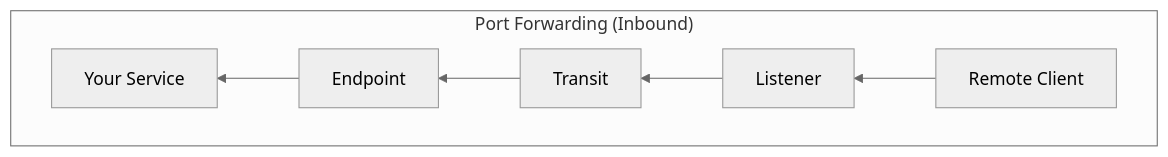
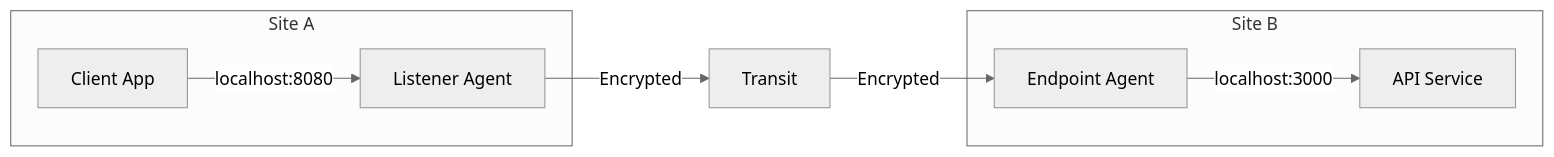
Before and after one commit to postalsys/Muti-Metroo: the first of 2 diagrams in docs/docs/features/port-forwarding.md, drawn with Mermaid (neutral theme). The commit also changed other lines of this file and 1 other file, not shown here.

First line of the commit message:
docs: add service discovery pattern to port forwarding docs

````diff
--- a/docs/docs/features/port-forwarding.md
+++ b/docs/docs/features/port-forwarding.md
@@ -33,7 +14,13 @@
 ```mermaid
-flowchart RL
-    subgraph forward["Port Forwarding (Inbound)"]
-        direction RL
-        P1[Remote Client] --> P2[Listener] --> P3[Transit] --> P4[Endpoint] --> P5[Your Service]
+flowchart LR
+    subgraph SiteA["Site A"]
+        App[Client App] -->|"localhost:8080"| Listener[Listener Agent]
+    end
+
+    Listener -->|Encrypted| Transit[Transit]
+    Transit -->|Encrypted| Endpoint[Endpoint Agent]
+
+    subgraph SiteB["Site B"]
+        Endpoint -->|"localhost:3000"| Service[API Service]
     end
 ```
````
